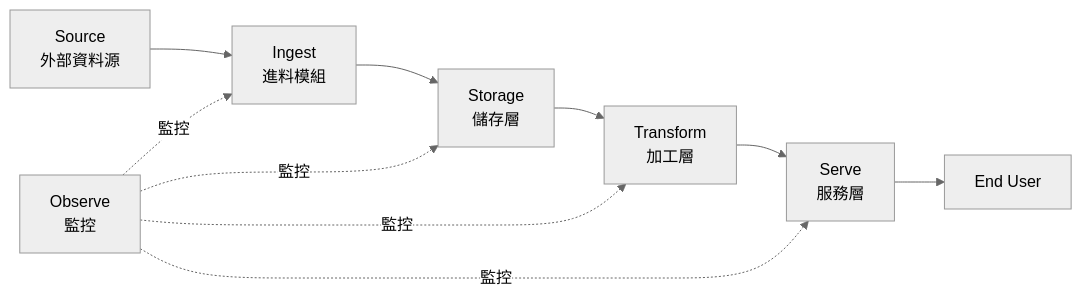
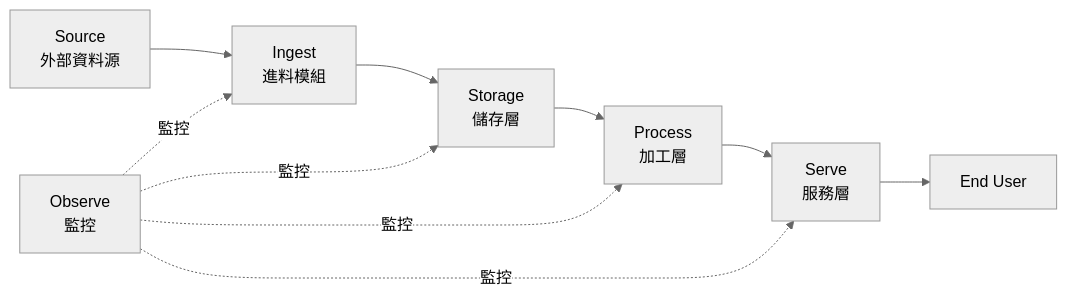
Before and after one commit to lu791019/DataDreamers-decrosscareer-student-project-handbook: the diagram in template-repo/docs/architecture.md, drawn with Mermaid (neutral theme). The commit also changed other lines of this file and 14 other files, not shown here.

First line of the commit message:
refactor: 第四階段 Transform 改為 Process + 加入「架構視角 vs 行為視角」

````diff
--- a/template-repo/docs/architecture.md
+++ b/template-repo/docs/architecture.md
@@ -9,12 +9,12 @@
 ```mermaid
 graph LR
     A[Source<br/>外部資料源] --> B[Ingest<br/>進料模組]
     B --> C[Storage<br/>儲存層]
-    C --> D[Transform<br/>加工層]
+    C --> D[Process<br/>加工層]
     D --> E[Serve<br/>服務層]
     E --> F[End User]
     G[Observe<br/>監控] -.監控.-> B
     G -.監控.-> C
     G -.監控.-> D
     G -.監控.-> E
 ```
````
